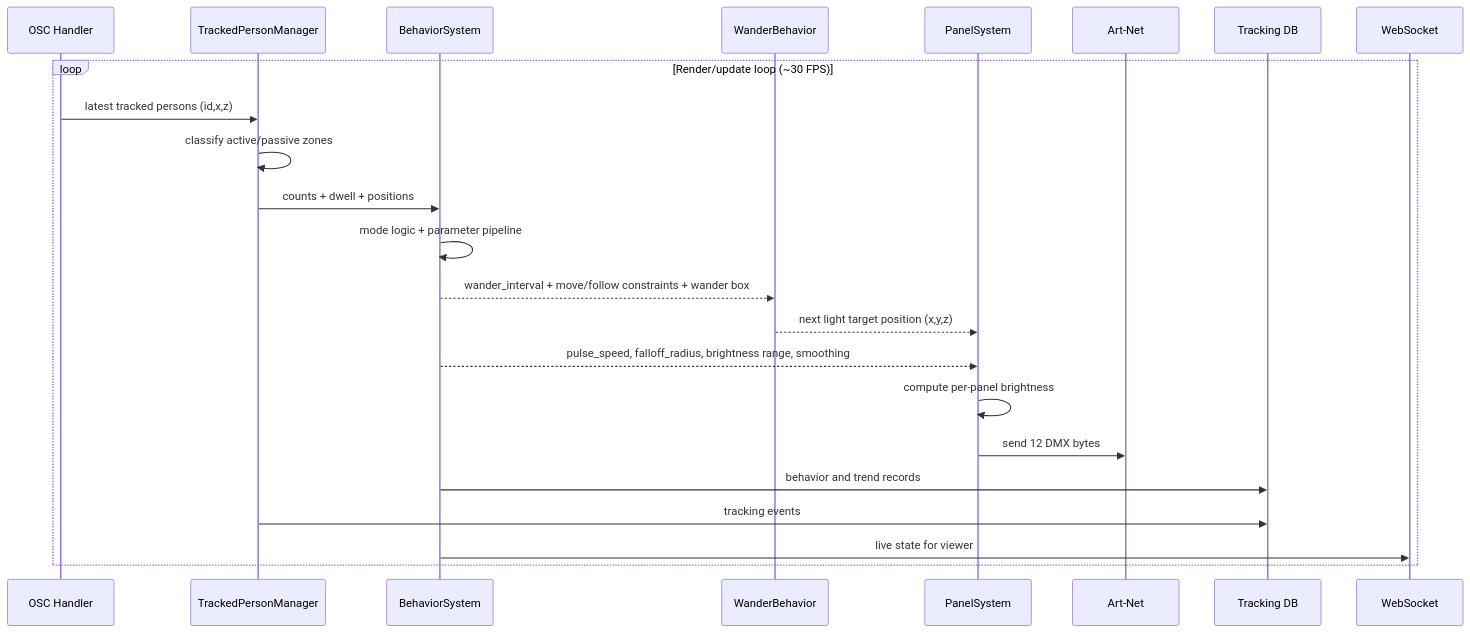
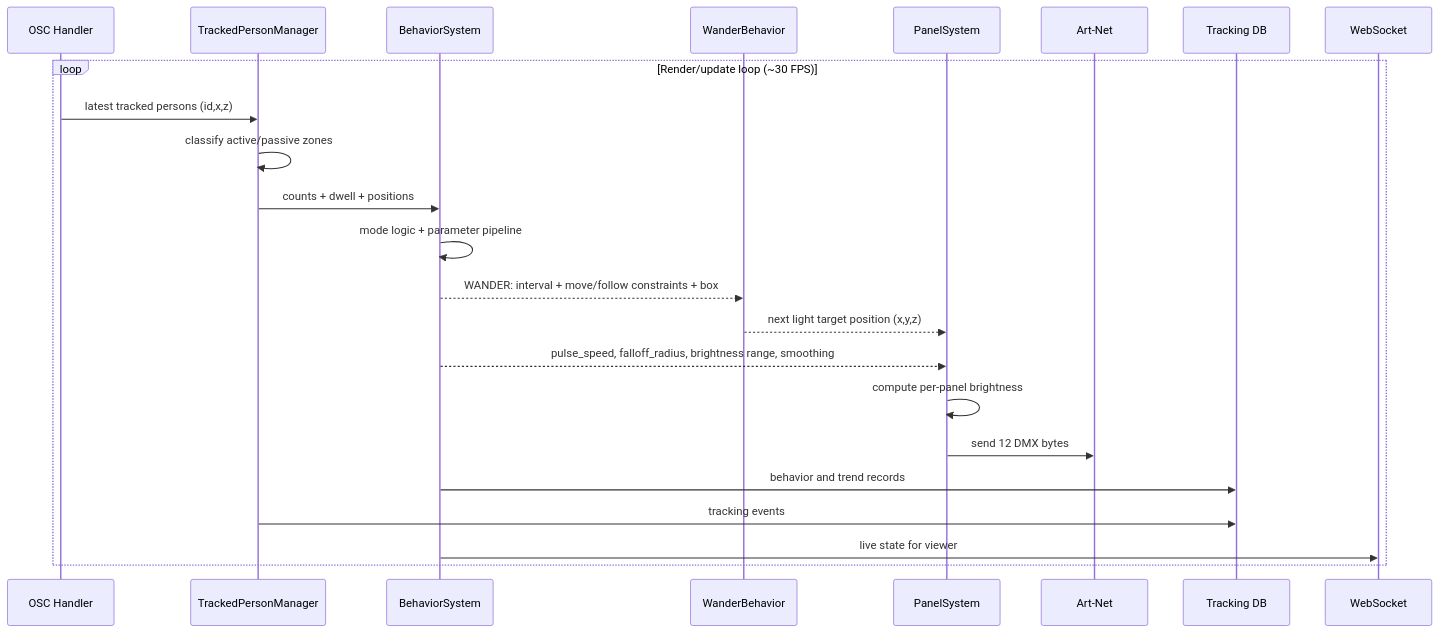
One commit to npuckett/dc-dev changed the sixth of 14 diagrams in IO/CAMERA_TO_DMX_DIAGRAMS.md. Above: the diagram before and after it, drawn with Mermaid. The commit also changed other lines of this file and 1 other file, not shown here.

Commit message:
wander update

````diff
--- a/IO/CAMERA_TO_DMX_DIAGRAMS.md
+++ b/IO/CAMERA_TO_DMX_DIAGRAMS.md
@@ -159,26 +164,26 @@
 ```mermaid
 sequenceDiagram
     participant OSC as OSC Handler
     participant PM as TrackedPersonManager
     participant BS as BehaviorSystem
     participant WB as WanderBehavior
     participant PS as PanelSystem
     participant AN as Art-Net
     participant DB as Tracking DB
     participant WS as WebSocket
 
     loop Render/update loop (~30 FPS)
         OSC->>PM: latest tracked persons (id,x,z)
         PM->>PM: classify active/passive zones
         PM->>BS: counts + dwell + positions
         BS->>BS: mode logic + parameter pipeline
-        BS-->>WB: wander_interval + move/follow constraints + wander box
+        BS-->>WB: WANDER: interval + move/follow constraints + box
         WB-->>PS: next light target position (x,y,z)
         BS-->>PS: pulse_speed, falloff_radius, brightness range, smoothing
         PS->>PS: compute per-panel brightness
         PS->>AN: send 12 DMX bytes
         BS->>DB: behavior and trend records
         PM->>DB: tracking events
         BS->>WS: live state for viewer
     end
 ```
````
